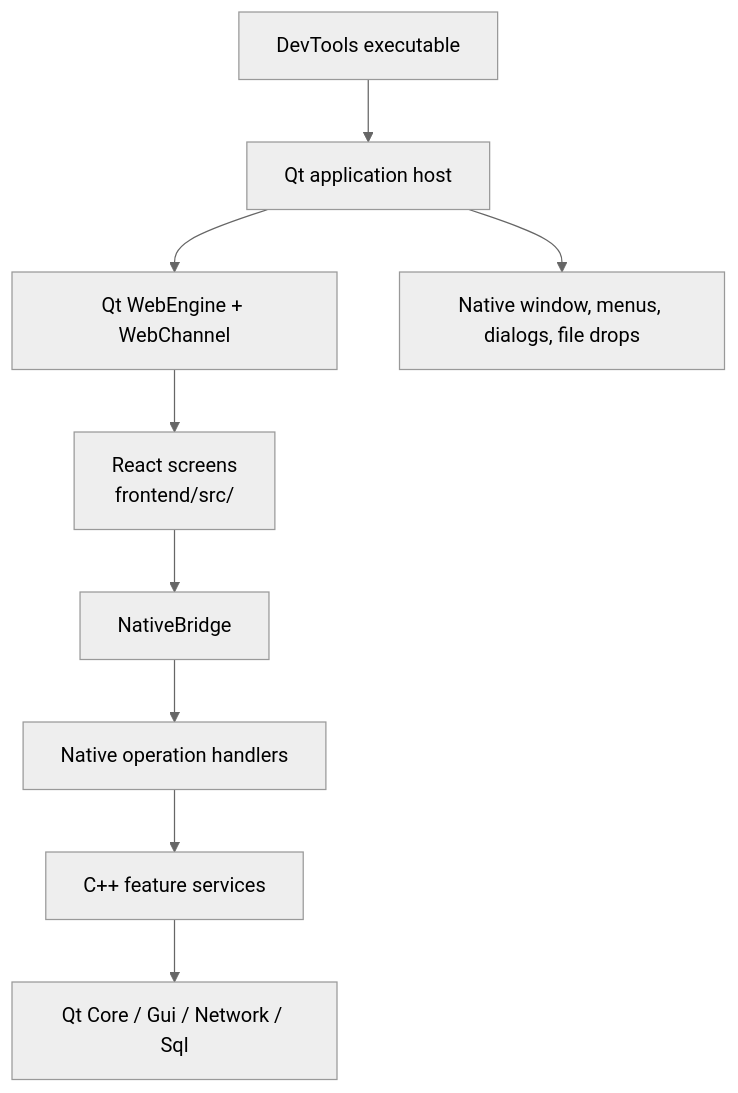
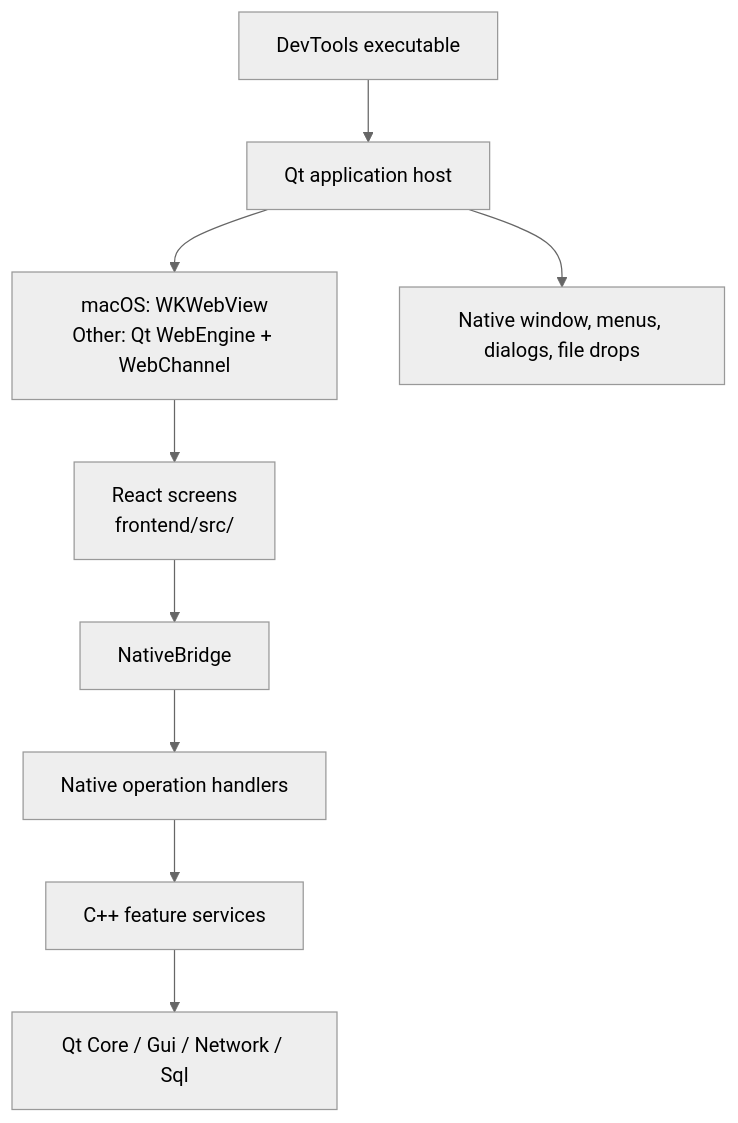
One commit to LotusAndCompany/devtools changed the first of 2 diagrams in docs/development/architecture.md. Above: the diagram before and after it, drawn with Mermaid (neutral theme). The commit also changed other lines of this file and 46 other files, not shown here.

Commit message:
feat(web-frontend): add macOS WKWebView host

````diff
--- a/docs/development/architecture.md
+++ b/docs/development/architecture.md
@@ -44,11 +45,11 @@
 ```mermaid
 flowchart TD
     app["DevTools executable"] --> host["Qt application host"]
-    host --> webengine["Qt WebEngine + WebChannel"]
-    webengine --> react["React screens<br/>frontend/src/"]
+    host --> hostview["macOS: WKWebView<br/>Other: Qt WebEngine + WebChannel"]
+    hostview --> react["React screens<br/>frontend/src/"]
     react --> bridge["NativeBridge"]
     bridge --> handlers["Native operation handlers"]
     handlers --> services["C++ feature services"]
     services --> core["Qt Core / Gui / Network / Sql"]
     host --> platform["Native window, menus, dialogs, file drops"]
 ```
````
